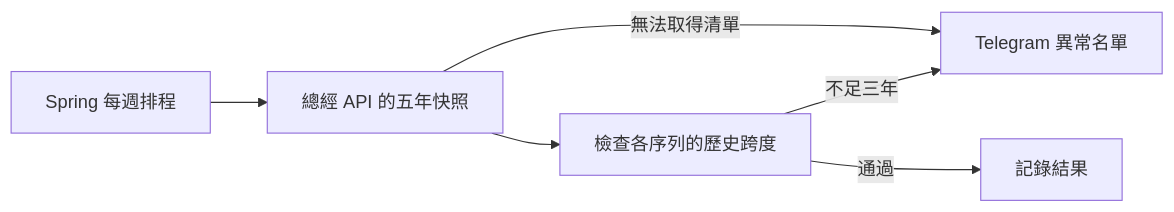
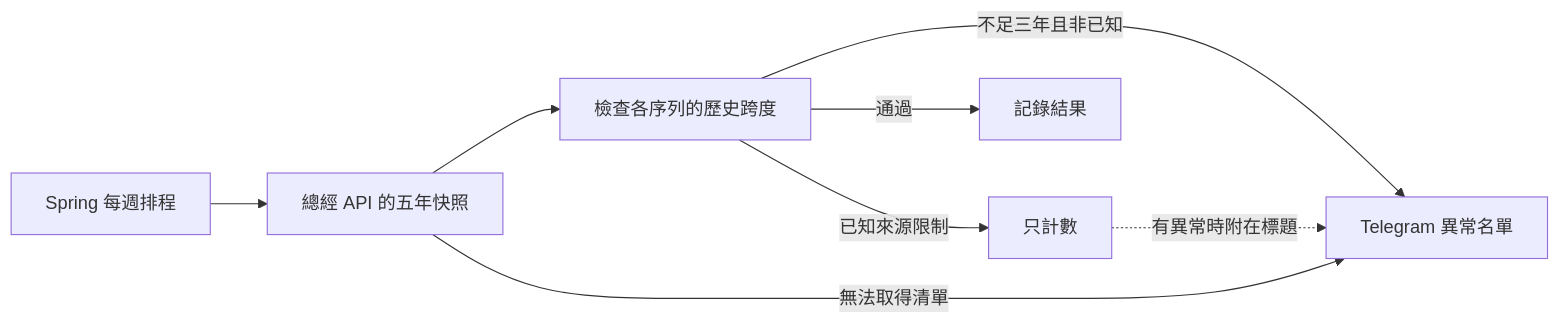
One commit to Vinskao/ty-multiverse-backend changed the diagram in docs/PRODUCT_INTEGRITY.md. Above: the diagram before and after it, drawn with Mermaid. The commit also changed other lines of this file and 3 other files, not shown here.

````diff
--- a/docs/PRODUCT_INTEGRITY.md
+++ b/docs/PRODUCT_INTEGRITY.md
@@ -5,8 +7,10 @@
 ```mermaid
 flowchart LR
   T[Spring 每週排程] --> A[總經 API 的五年快照]
   A --> C[檢查各序列的歷史跨度]
-  C -->|不足三年| N[Telegram 異常名單]
+  C -->|已知來源限制| K[只計數]
+  C -->|不足三年且非已知| N[Telegram 異常名單]
+  K -.->|有異常時附在標題| N
   C -->|通過| L[記錄結果]
   A -->|無法取得清單| N
 ```
````
